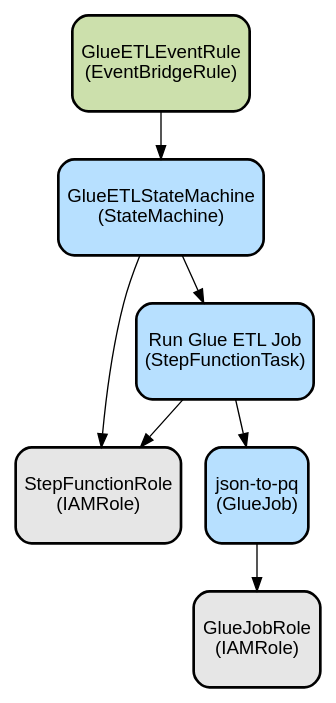
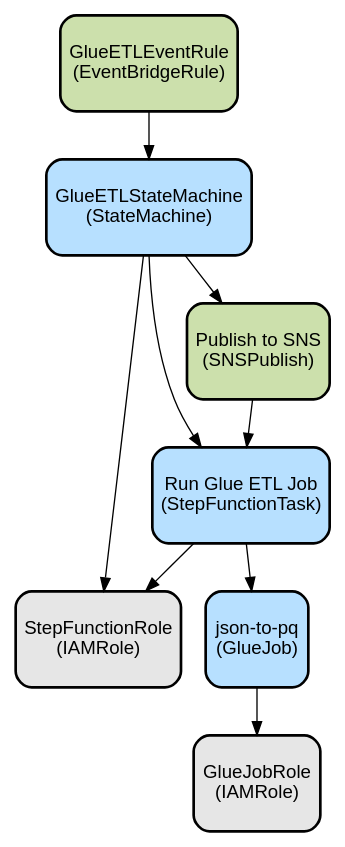
The diagram in docs/infra.dot (psachdev6375/glue-cdk-example), drawn with Graphviz before and after one commit. The commit also changed 4 other files, not shown here.

```diff
--- a/docs/infra.dot
+++ b/docs/infra.dot
@@ -1,21 +1,25 @@
 digraph INFRA {
   node [ color = "black", fillcolor = "#E6E6E6", height =1, style = "filled,bold,rounded", fontname = "Arial" ];
   "GlueJobRole" [ label = "GlueJobRole
 (IAMRole)", shape =rectangle ];
   "json-to-pq" [ label = "json-to-pq
 (GlueJob)", shape =rectangle, fillcolor = "#B7E0FF" ];
   "StepFunctionRole" [ label = "StepFunctionRole
 (IAMRole)", shape =rectangle ];
   "Run Glue ETL Job" [ label = "Run Glue ETL Job
 (StepFunctionTask)", shape =rectangle, fillcolor = "#B7E0FF" ];
+  "Publish to SNS" [ label = "Publish to SNS
+(SNSPublish)", shape =rectangle, fillcolor = "#CCE0AC" ];
   "GlueETLStateMachine" [ label = "GlueETLStateMachine
 (StateMachine)", shape =rectangle, fillcolor = "#B7E0FF" ];
   "GlueETLEventRule" [ label = "GlueETLEventRule
 (EventBridgeRule)", shape =rectangle, fillcolor = "#CCE0AC" ];
   "json-to-pq" -> "GlueJobRole";
   "Run Glue ETL Job" -> "json-to-pq";
   "Run Glue ETL Job" -> "StepFunctionRole";
+  "Publish to SNS" -> "Run Glue ETL Job";
   "GlueETLStateMachine" -> "Run Glue ETL Job";
   "GlueETLStateMachine" -> "StepFunctionRole";
+  "GlueETLStateMachine" -> "Publish to SNS";
   "GlueETLEventRule" -> "GlueETLStateMachine";
 }
```
